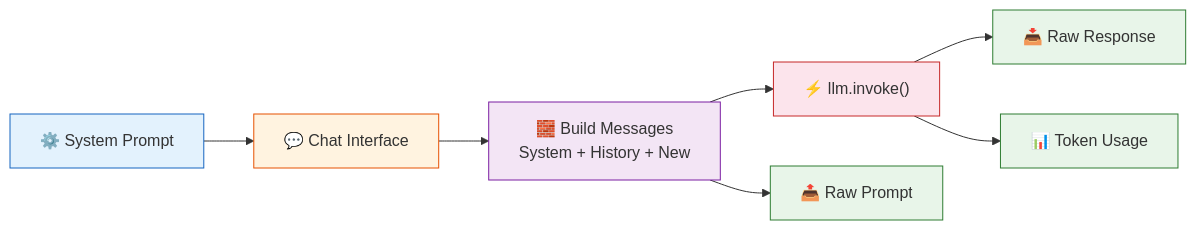
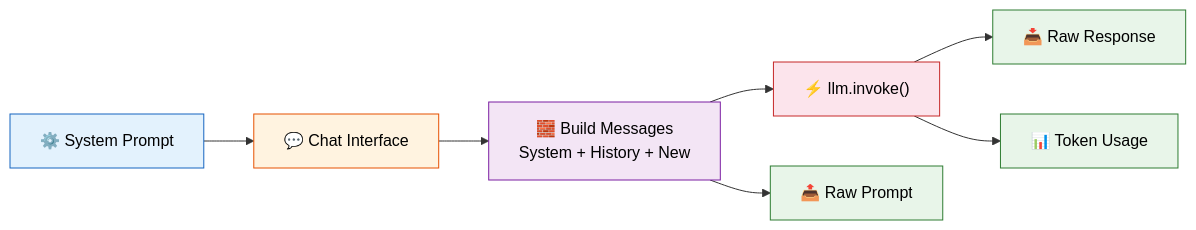
One commit to remolaan/Agentic-AI-Cookbook changed the third of 4 diagrams in 01_hello_llm/README.md. Above: the diagram before and after it, drawn with Mermaid. The commit also changed other lines of this file and 45 other files, not shown here.

Commit message:
Fix Mermaid diagram text colors for readability across all READMEs

````diff
--- a/01_hello_llm/README.md
+++ b/01_hello_llm/README.md
@@ -63,17 +63,17 @@
 ```mermaid
 flowchart LR
     SP["⚙️ System Prompt"] --> CHAT["💬 Chat Interface"]
     CHAT --> BUILD["🧱 Build Messages<br/>System + History + New"]
     BUILD --> INVOKE["⚡ llm.invoke()"]
     INVOKE --> RESP["📥 Raw Response"]
     INVOKE --> TOKENS["📊 Token Usage"]
     BUILD --> PROMPT["📤 Raw Prompt"]
     
-    style SP fill:#e3f2fd,stroke:#1565c0
-    style CHAT fill:#fff3e0,stroke:#e65100
-    style BUILD fill:#f3e5f5,stroke:#7b1fa2
-    style INVOKE fill:#fce4ec,stroke:#c62828
-    style PROMPT fill:#e8f5e9,stroke:#2e7d32
-    style RESP fill:#e8f5e9,stroke:#2e7d32
-    style TOKENS fill:#e8f5e9,stroke:#2e7d32
+    style SP fill:#e3f2fd,stroke:#1565c0,color:#000000
+    style CHAT fill:#fff3e0,stroke:#e65100,color:#000000
+    style BUILD fill:#f3e5f5,stroke:#7b1fa2,color:#000000
+    style INVOKE fill:#fce4ec,stroke:#c62828,color:#000000
+    style PROMPT fill:#e8f5e9,stroke:#2e7d32,color:#000000
+    style RESP fill:#e8f5e9,stroke:#2e7d32,color:#000000
+    style TOKENS fill:#e8f5e9,stroke:#2e7d32,color:#000000
 ```
````
